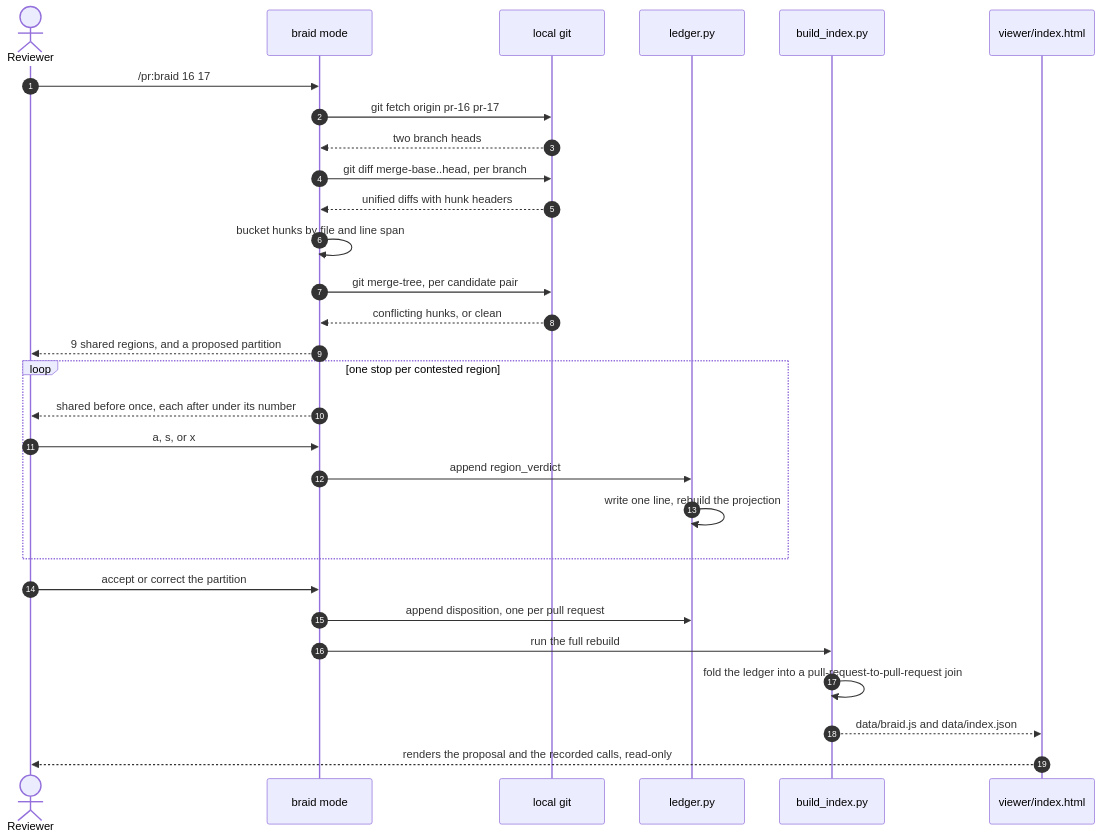
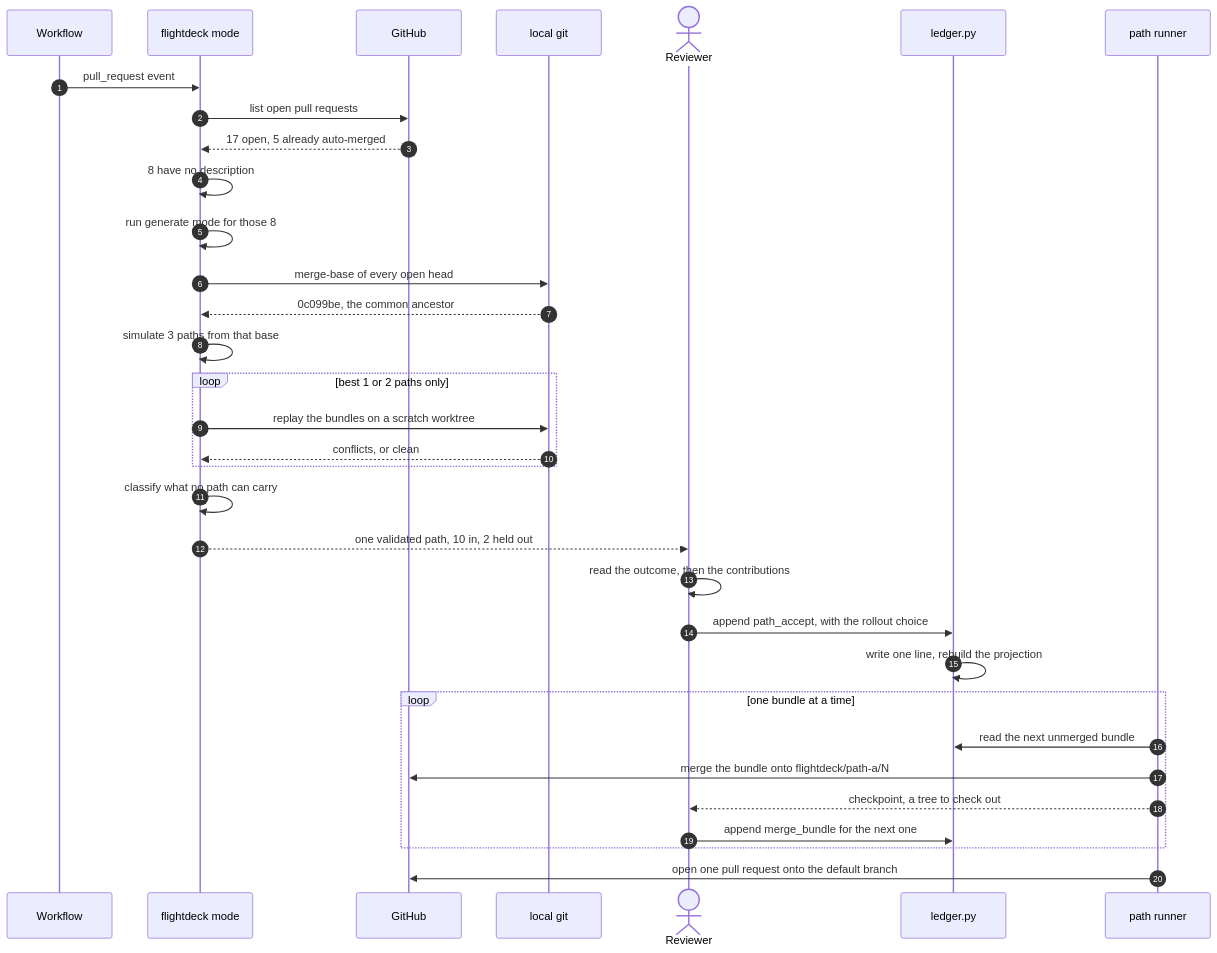
Before and after one commit to bjornslib/cobuilder-plugin: the diagram in docs/architecture/designs/review-flight-deck/diagrams/level-2.mmd, drawn with Mermaid. The commit also changed 16 other files, not shown here.

```diff
--- a/docs/architecture/designs/review-flight-deck/diagrams/level-2.mmd
+++ b/docs/architecture/designs/review-flight-deck/diagrams/level-2.mmd
@@ -1,33 +1,38 @@
-%% review-flight-deck level 2 — one review, start to recorded call
+%% review-flight-deck level 2 — one run, event to merged bundle
 sequenceDiagram
     autonumber
+    participant T as Workflow
+    participant F as flightdeck mode
+    participant H as GitHub
+    participant G as local git
     actor R as Reviewer
-    participant M as braid mode
-    participant G as local git
     participant L as ledger.py
-    participant B as build_index.py
-    participant V as viewer/index.html
+    participant N as path runner
 
-    R->>M: /pr:braid 16 17
-    M->>G: git fetch origin pr-16 pr-17
-    G-->>M: two branch heads
-    M->>G: git diff merge-base..head, per branch
-    G-->>M: unified diffs with hunk headers
-    M->>M: bucket hunks by file and line span
-    M->>G: git merge-tree, per candidate pair
-    G-->>M: conflicting hunks, or clean
-    M-->>R: 9 shared regions, and a proposed partition
+    T->>F: pull_request event
+    F->>H: list open pull requests
+    H-->>F: 17 open, 5 already auto-merged
+    F->>F: 8 have no description
+    F->>F: run generate mode for those 8
+    F->>G: merge-base of every open head
+    G-->>F: 0c099be, the common ancestor
 
-    loop one stop per contested region
-        M-->>R: shared before once, each after under its number
-        R->>M: a, s, or x
-        M->>L: append region_verdict
-        L->>L: write one line, rebuild the projection
+    F->>F: simulate 3 paths from that base
+    loop best 1 or 2 paths only
+        F->>G: replay the bundles on a scratch worktree
+        G-->>F: conflicts, or clean
     end
+    F->>F: classify what no path can carry
+    F-->>R: one validated path, 10 in, 2 held out
 
-    R->>M: accept or correct the partition
-    M->>L: append disposition, one per pull request
-    M->>B: run the full rebuild
-    B->>B: fold the ledger into a pull-request-to-pull-request join
-    B-->>V: data/braid.js and data/index.json
-    V-->>R: renders the proposal and the recorded calls, read-only
+    R->>R: read the outcome, then the contributions
+    R->>L: append path_accept, with the rollout choice
+    L->>L: write one line, rebuild the projection
+
+    loop one bundle at a time
+        N->>L: read the next unmerged bundle
+        N->>H: merge the bundle onto flightdeck/path-a/N
+        N-->>R: checkpoint, a tree to check out
+        R->>L: append merge_bundle for the next one
+    end
+    N->>H: open one pull request onto the default branch
```
